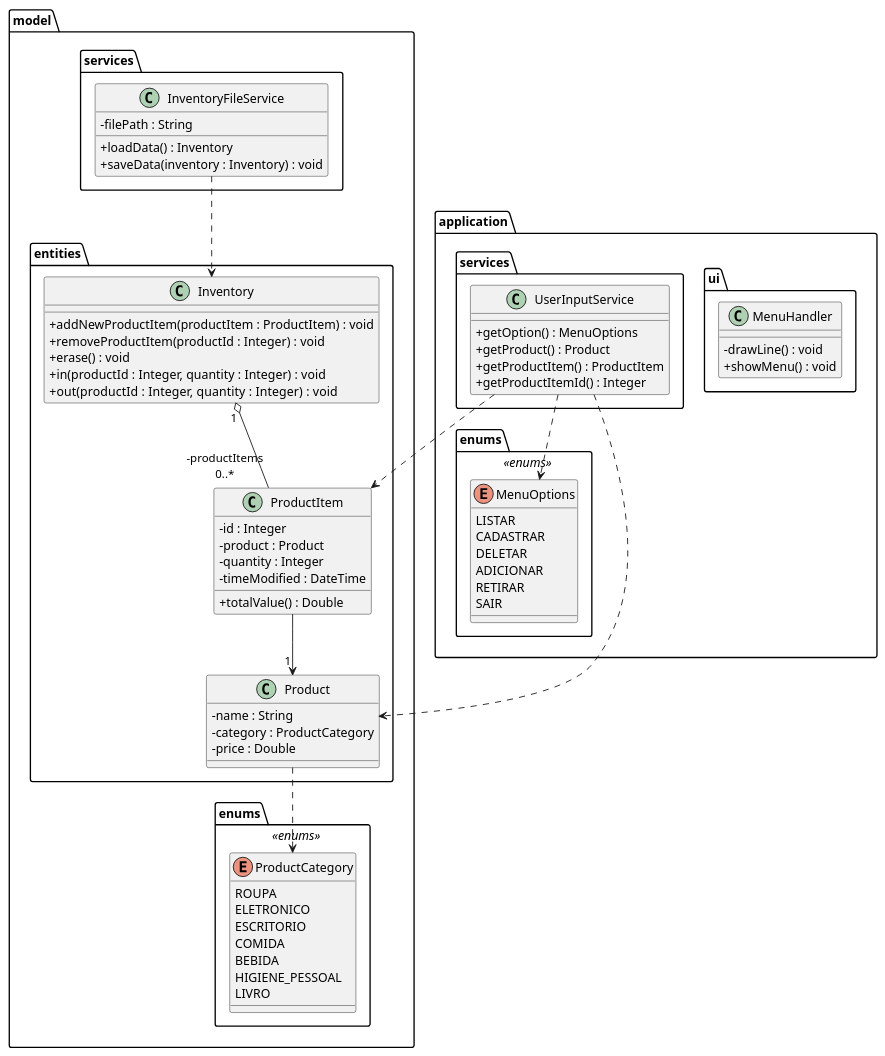
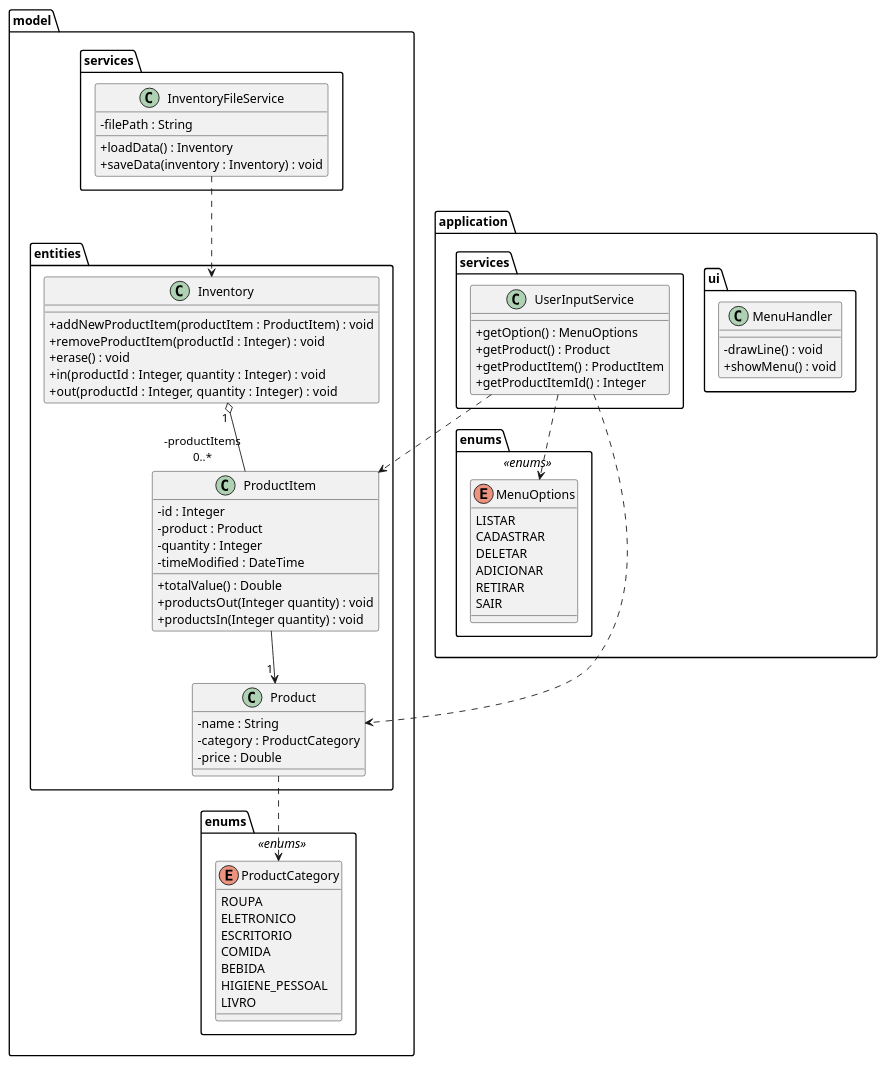
One commit to victormmcouto/java-crud-console changed the diagram in java-crud-console-umlclass.puml. Above: the diagram before and after it, drawn with PlantUML.

Commit message:
fix: Cria dois métodos em ProductItem para controlar incremento ou decremento do atributo quanitty de ProductItem

```diff
--- a/java-crud-console-umlclass.puml
+++ b/java-crud-console-umlclass.puml
@@ -1,79 +1,81 @@
 @startuml
 skinparam classAttributeIconSize 0
 package model {
   package entities {
     class Product {
       - name : String
       - category : ProductCategory
       - price : Double
     }
     class Inventory {
       + addNewProductItem(productItem : ProductItem) : void
       + removeProductItem(productId : Integer) : void
       + erase() : void
       + in(productId : Integer, quantity : Integer) : void
       + out(productId : Integer, quantity : Integer) :  void
     }
     class ProductItem {
       - id : Integer
       - product : Product
       - quantity : Integer
       - timeModified : DateTime
       + totalValue() : Double
+      + productsOut(Integer quantity) : void
+      + productsIn(Integer quantity) : void
     }
   }
   package services {
       class InventoryFileService {
       - filePath : String
       + loadData() : Inventory
       + saveData(inventory : Inventory) : void
     }
   }
   package enums <<enums>> {
     enum ProductCategory {
       ROUPA
       ELETRONICO
       ESCRITORIO
       COMIDA
       BEBIDA
       HIGIENE_PESSOAL
       LIVRO
     }
   }
 }
 
 package application {
   package application.ui {
     class MenuHandler {
     - drawLine() : void
     + showMenu() : void
     }
   }
   package enums <<enums>> {
     enum MenuOptions {
       LISTAR
       CADASTRAR
       DELETAR
       ADICIONAR
       RETIRAR
       SAIR
     }
   }
   package services {
     class UserInputService {
       + getOption() : MenuOptions
       + getProduct() : Product
       + getProductItem() : ProductItem
       + getProductItemId() : Integer
     }
   }
 }
 
 ProductItem --> "\t1" Product
 Inventory "\t1" o-- "-productItems\n0..*" ProductItem
 InventoryFileService ..> Inventory
 Product ..> ProductCategory
 UserInputService ..> MenuOptions
 UserInputService ..> Product
 UserInputService ..> ProductItem
 @enduml
```
